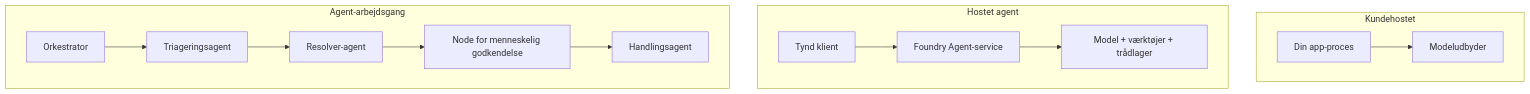
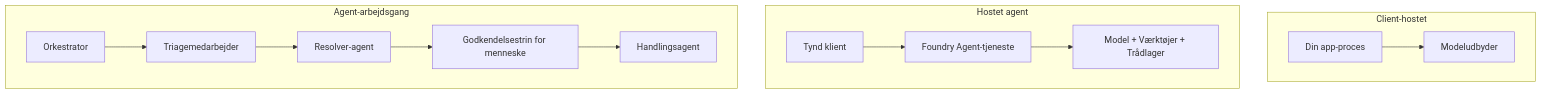
Before and after one commit to gabrielmoreira/agent-skills-mirror: the first of 4 diagrams in mirrors/repos/microsoft@ai-agents-for-beginners/translations/da/16-deploying-scalable-agents/README.md, drawn with Mermaid. The commit also changed other lines of this file and 3581 other files, not shown here.

````diff
--- a/mirrors/repos/microsoft@ai-agents-for-beginners/translations/da/16-deploying-scalable-agents/README.md
+++ b/mirrors/repos/microsoft@ai-agents-for-beginners/translations/da/16-deploying-scalable-agents/README.md
@@ -87,16 +87,16 @@
 ```mermaid
 flowchart TB
-    subgraph P1[Kundehostet]
+    subgraph P1[Client-hostet]
         A1[Din app-proces] --> M1[Modeludbyder]
     end
     subgraph P2[Hostet agent]
-        A2[Tynd klient] --> F2[Foundry Agent-service]
-        F2 --> M2[Model + værktøjer + trådlager]
+        A2[Tynd klient] --> F2[Foundry Agent-tjeneste]
+        F2 --> M2[Model + Værktøjer + Trådlager]
     end
     subgraph P3[Agent-arbejdsgang]
-        A3[Orkestrator] --> S1[Triageringsagent]
+        A3[Orkestrator] --> S1[Triagemedarbejder]
         S1 --> S2[Resolver-agent]
-        S2 --> H[Node for menneskelig godkendelse]
+        S2 --> H[Godkendelsestrin for menneske]
         H --> S3[Handlingsagent]
     end
 ```
````
